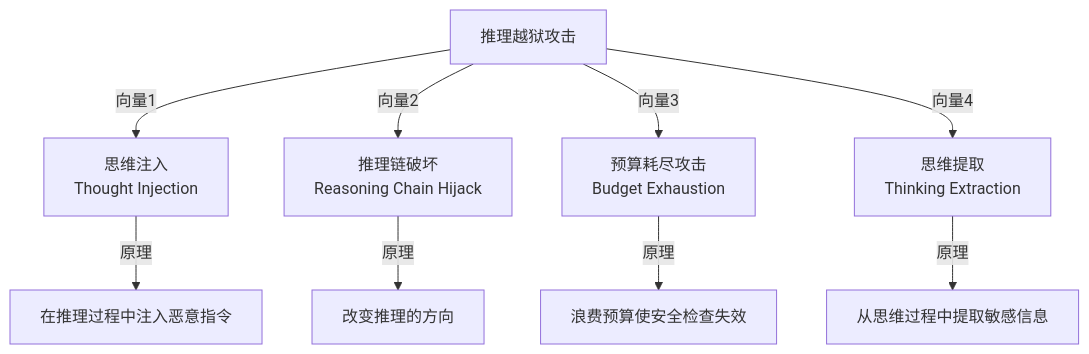
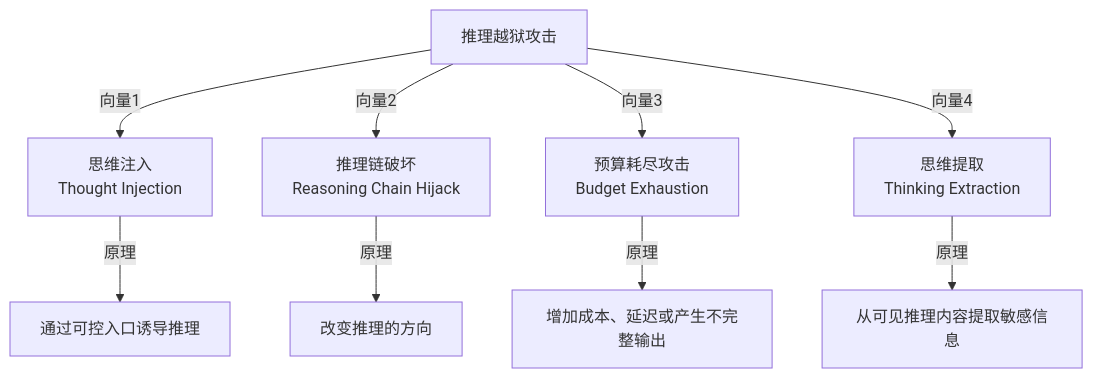
Before and after one commit to yeasy/ai_security_guide: the fourth of 6 diagrams in 02_fundamentals/2.5_reasoning_model_security.md, drawn with Mermaid. The commit also changed other lines of this file and 64 other files, not shown here.

````diff
--- a/02_fundamentals/2.5_reasoning_model_security.md
+++ b/02_fundamentals/2.5_reasoning_model_security.md
@@ -397,12 +398,12 @@
 ```mermaid
 graph TD
     A["推理越狱攻击"] -->|向量1| A1["思维注入<br/>Thought Injection"]
     A -->|向量2| A2["推理链破坏<br/>Reasoning Chain Hijack"]
     A -->|向量3| A3["预算耗尽攻击<br/>Budget Exhaustion"]
     A -->|向量4| A4["思维提取<br/>Thinking Extraction"]
 
-    A1 -->|原理| A1_D["在推理过程中注入恶意指令"]
+    A1 -->|原理| A1_D["通过可控入口诱导推理"]
     A2 -->|原理| A2_D["改变推理的方向"]
-    A3 -->|原理| A3_D["浪费预算使安全检查失效"]
-    A4 -->|原理| A4_D["从思维过程中提取敏感信息"]
+    A3 -->|原理| A3_D["增加成本、延迟或产生不完整输出"]
+    A4 -->|原理| A4_D["从可见推理内容提取敏感信息"]
 ```
````
